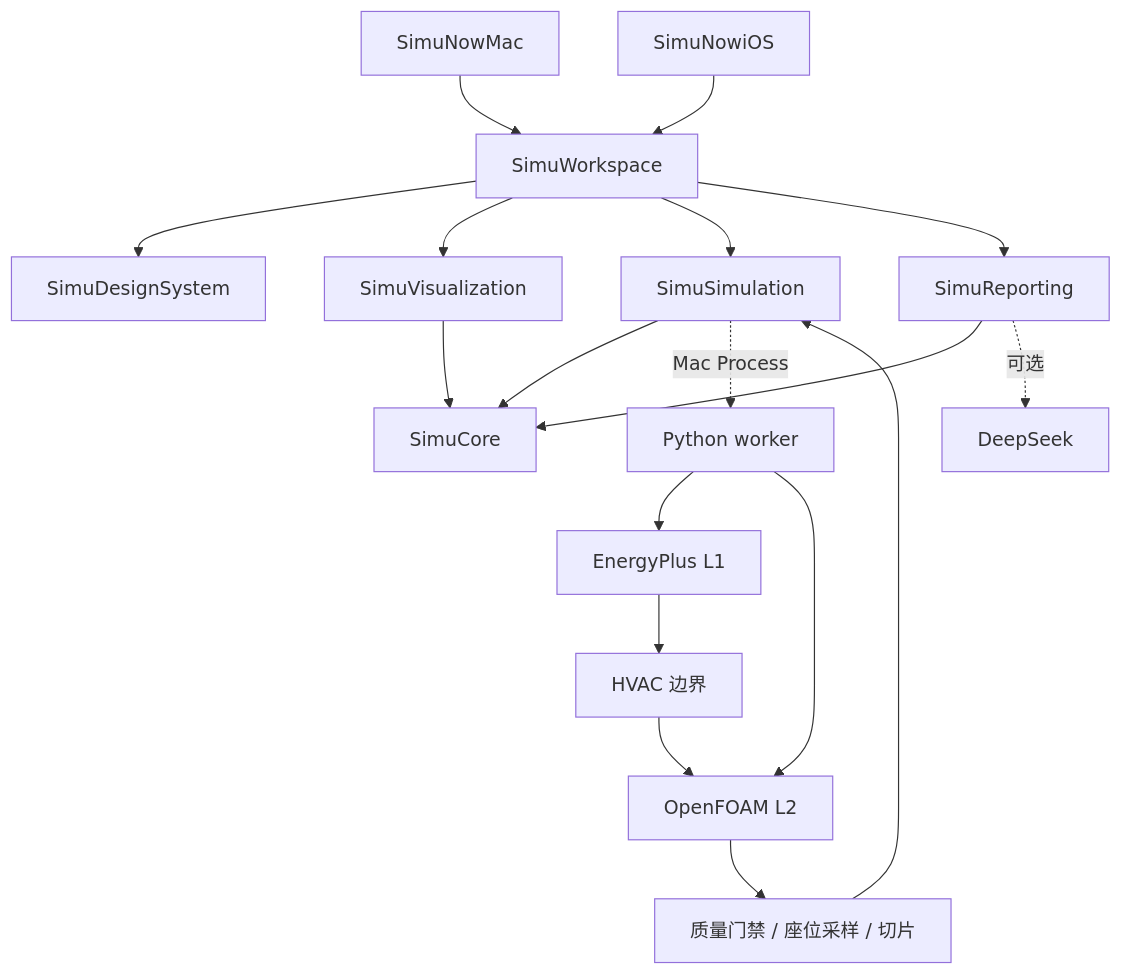
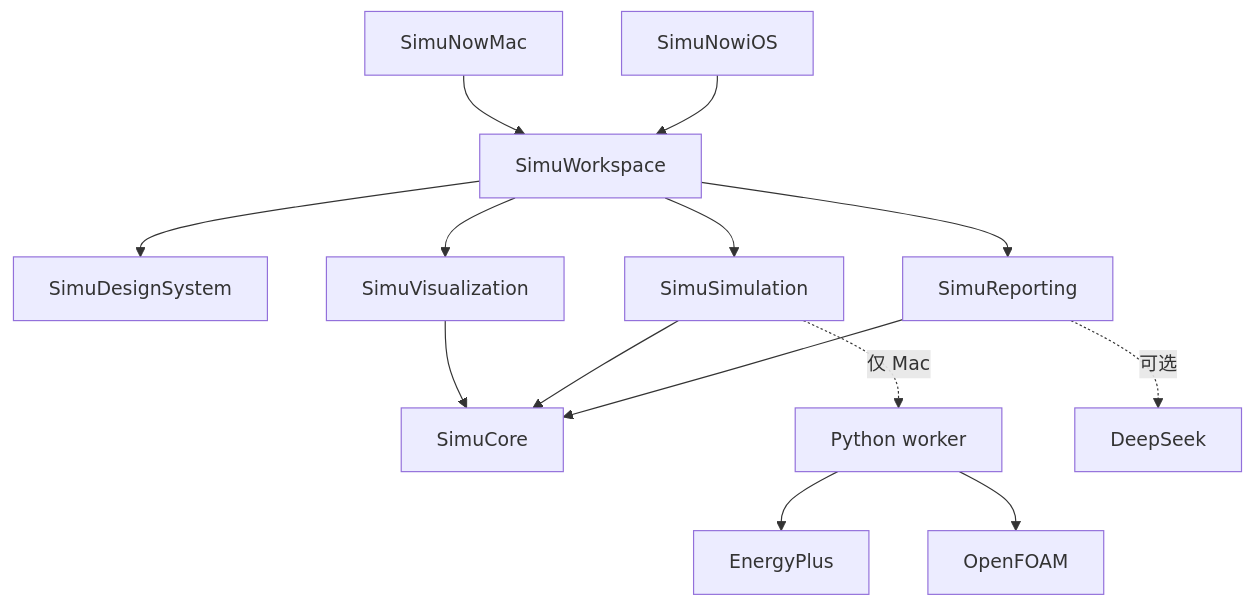
The second of 2 diagrams in README.zh-CN.md (krabbypatty1031-blip/SimuNow), drawn with Mermaid before and after one commit. The commit also changed other lines of this file and 1 other file, not shown here.

````diff
--- a/README.zh-CN.md
+++ b/README.zh-CN.md
@@ -70,20 +104,16 @@
 ```mermaid
 flowchart TD
   Mac[SimuNowMac] --> WS[SimuWorkspace]
   iOS[SimuNowiOS] --> WS
   WS --> DS[SimuDesignSystem]
   WS --> Viz[SimuVisualization]
   WS --> Sim[SimuSimulation]
   WS --> Rep[SimuReporting]
   Viz --> Core[SimuCore]
   Sim --> Core
   Rep --> Core
-  Sim -. Mac Process .-> Worker[Python worker]
-  Worker --> L1[EnergyPlus L1]
-  Worker --> L2[OpenFOAM L2]
-  L1 --> Bound[HVAC 边界]
-  Bound --> L2
-  L2 --> Q[质量门禁 / 座位采样 / 切片]
-  Q --> Sim
+  Sim -. 仅 Mac .-> Worker[Python worker]
+  Worker --> L1[EnergyPlus]
+  Worker --> L2[OpenFOAM]
   Rep -. 可选 .-> DSAPI[DeepSeek]
 ```
````
